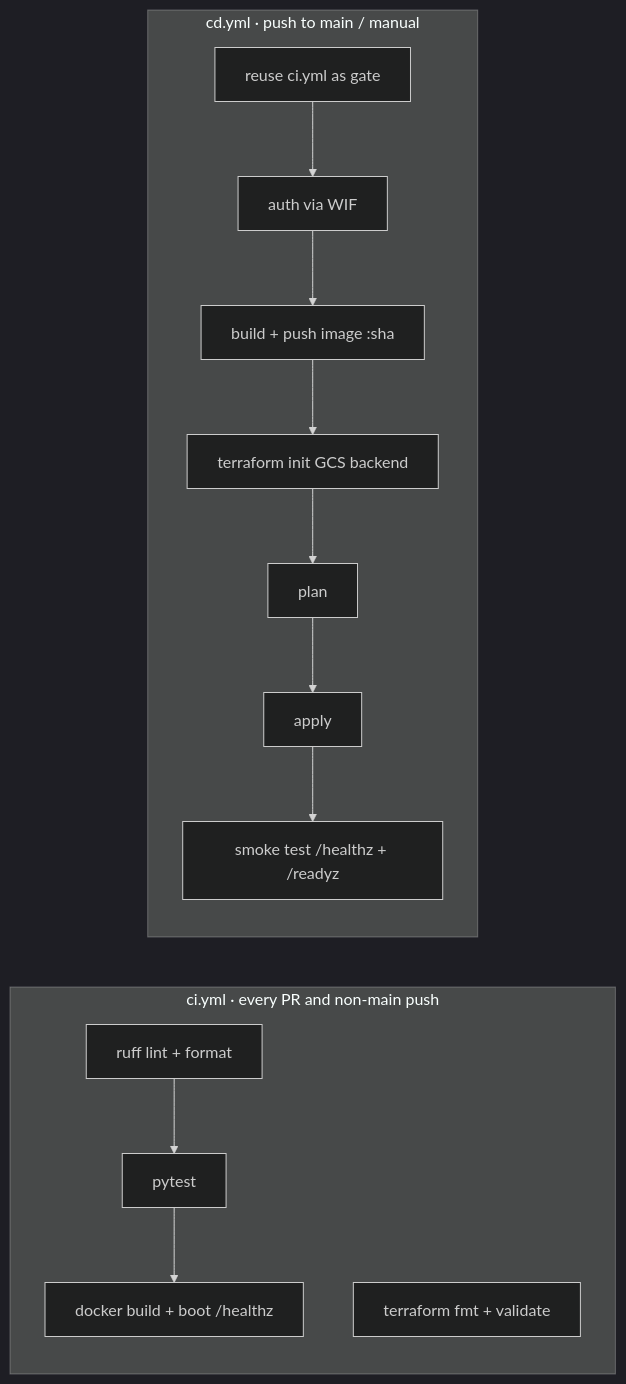
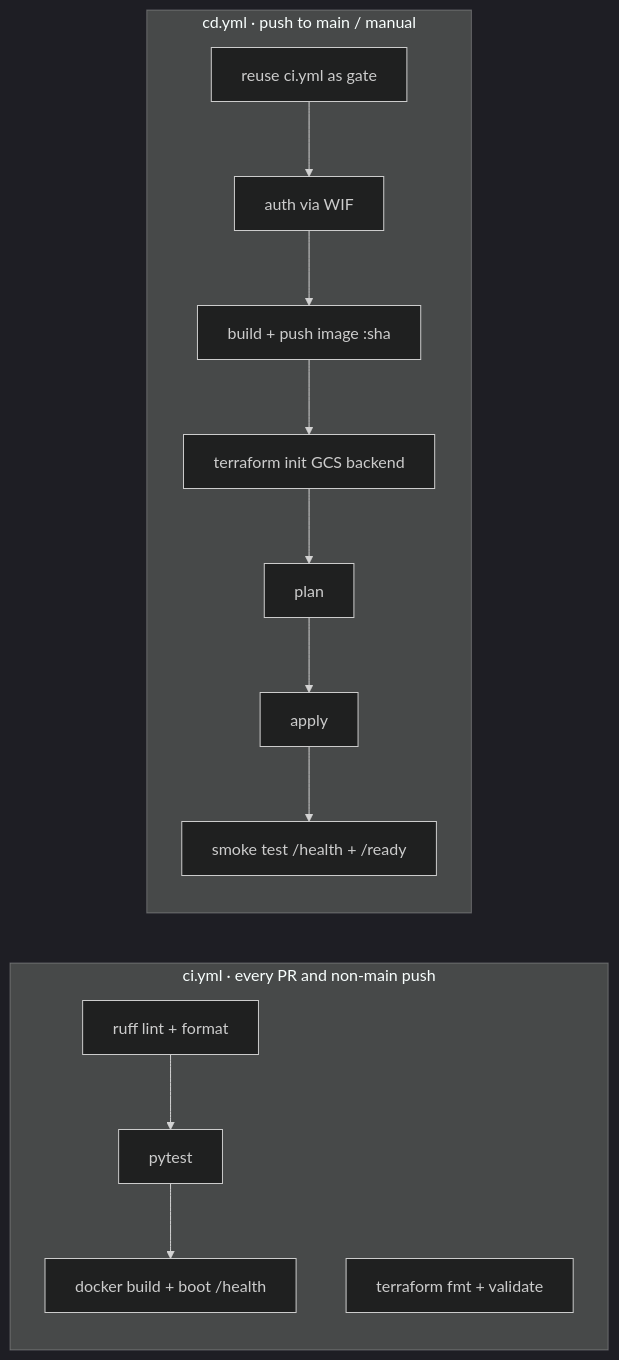
One commit to anjijava16/glcoud-run-agents changed the sixth of 6 diagrams in README.md. Above: the diagram before and after it, drawn with Mermaid (dark theme). The commit also changed other lines of this file and 15 other files, not shown here.

````diff
--- a/README.md
+++ b/README.md
@@ -472,15 +470,15 @@
 ```mermaid
 flowchart LR
     subgraph CI["ci.yml · every PR and non-main push"]
         L[ruff lint + format] --> P[pytest]
         TV[terraform fmt + validate]
-        P --> D[docker build + boot /healthz]
+        P --> D[docker build + boot /health]
     end
     subgraph CD["cd.yml · push to main / manual"]
         G[reuse ci.yml as gate] --> A[auth via WIF]
         A --> BP[build + push image :sha]
         BP --> TI[terraform init GCS backend]
         TI --> TP[plan] --> TA[apply]
-        TA --> SM[smoke test /healthz + /readyz]
+        TA --> SM[smoke test /health + /ready]
     end
 ```
````
